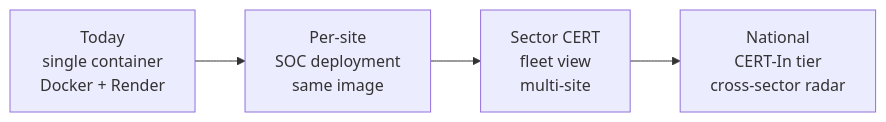
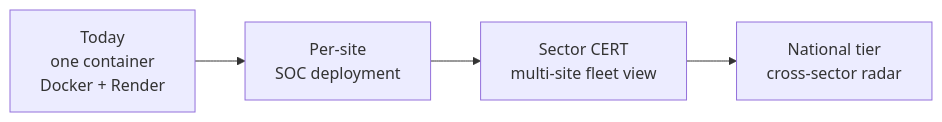
Before and after one commit to RishiiGamer2201/resilience-graph-ai: the fourth of 4 diagrams in PITCH_DECK.md, drawn with Mermaid. The commit also changed other lines of this file, not shown here.

````diff
--- a/PITCH_DECK.md
+++ b/PITCH_DECK.md
@@ -319,6 +237,6 @@
 ```mermaid
 flowchart LR
-  A["Today<br/>single container<br/>Docker + Render"] --> B["Per-site<br/>SOC deployment<br/>same image"]
-  B --> C["Sector CERT<br/>fleet view<br/>multi-site"]
-  C --> D["National<br/>CERT-In tier<br/>cross-sector radar"]
+  A["Today<br/>one container<br/>Docker + Render"] --> B["Per-site<br/>SOC deployment"]
+  B --> C["Sector CERT<br/>multi-site fleet view"]
+  C --> D["National tier<br/>cross-sector radar"]
 ```
````
